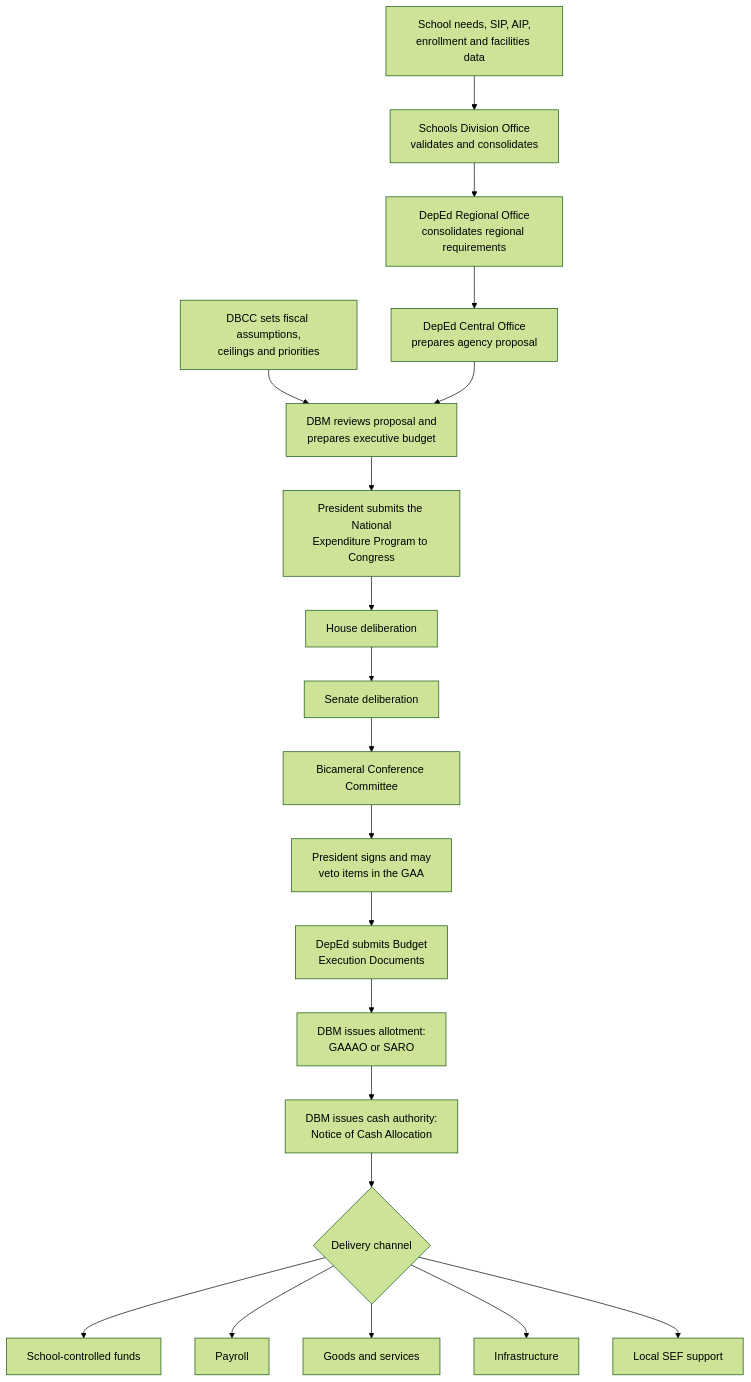
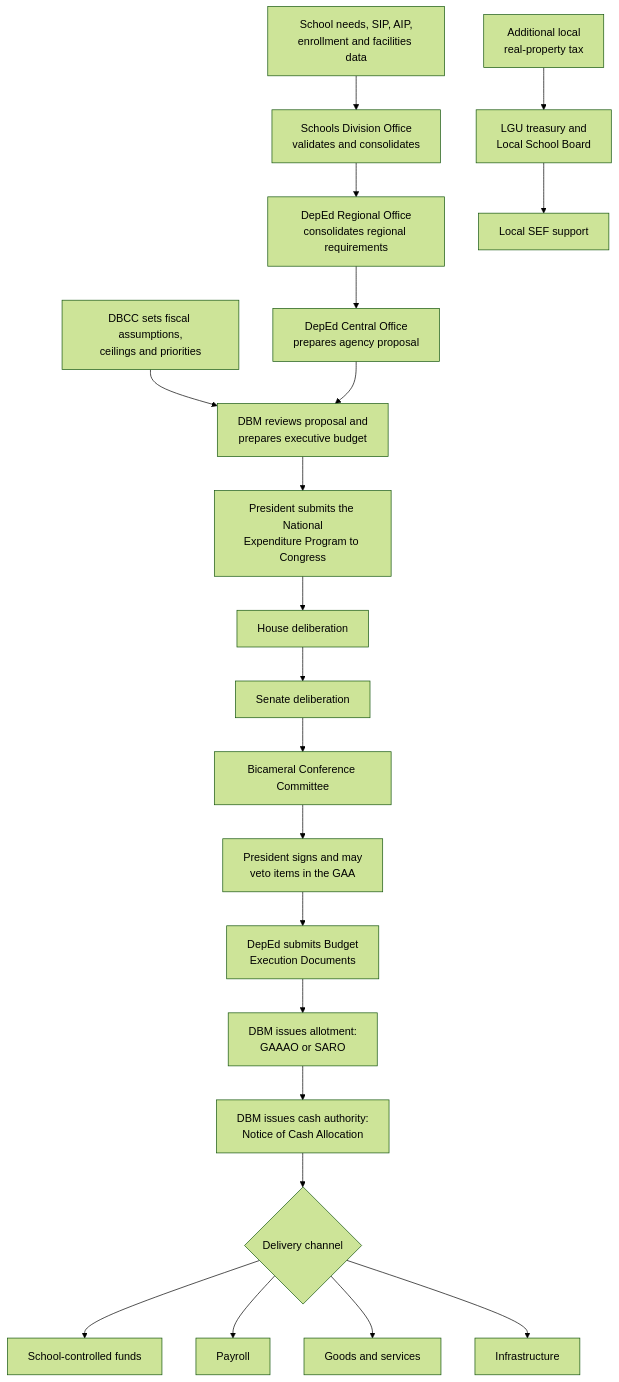
One commit to reached-hq/edu-access-intelligence changed the first of 3 diagrams in docs/business/ph-public-school-budget-flow.md. Above: the diagram before and after it, drawn with Mermaid (forest theme). The commit also changed other lines of this file, not shown here.

Commit message:
Address school funding review feedback

````diff
--- a/docs/business/ph-public-school-budget-flow.md
+++ b/docs/business/ph-public-school-budget-flow.md
@@ -49,33 +49,35 @@
 ```mermaid
 flowchart TD
     A[School needs, SIP, AIP,<br/>enrollment and facilities data]
     B[Schools Division Office<br/>validates and consolidates]
     C[DepEd Regional Office<br/>consolidates regional requirements]
     D[DepEd Central Office<br/>prepares agency proposal]
     E[DBCC sets fiscal assumptions,<br/>ceilings and priorities]
     F[DBM reviews proposal and<br/>prepares executive budget]
     G[President submits the National<br/>Expenditure Program to Congress]
     H[House deliberation]
     I[Senate deliberation]
     J[Bicameral Conference Committee]
     K[President signs and may<br/>veto items in the GAA]
     L[DepEd submits Budget<br/>Execution Documents]
     M[DBM issues allotment:<br/>GAAAO or SARO]
     N[DBM issues cash authority:<br/>Notice of Cash Allocation]
     O{Delivery channel}
     P[School-controlled funds]
     Q[Payroll]
     R[Goods and services]
     S[Infrastructure]
-    T[Local SEF support]
+    T[Additional local<br/>real-property tax]
+    U[LGU treasury and<br/>Local School Board]
+    V[Local SEF support]
 
     A --> B --> C --> D
     E --> F
     D --> F --> G --> H --> I --> J --> K
     K --> L --> M --> N --> O
     O --> P
     O --> Q
     O --> R
     O --> S
-    O --> T
+    T --> U --> V
 ```
````
